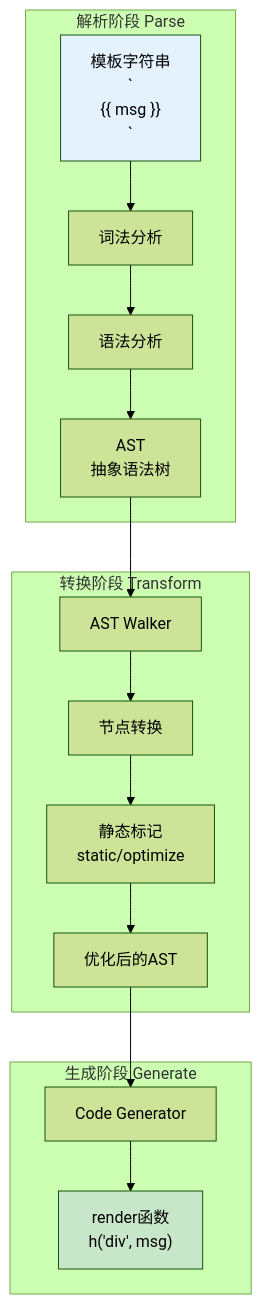
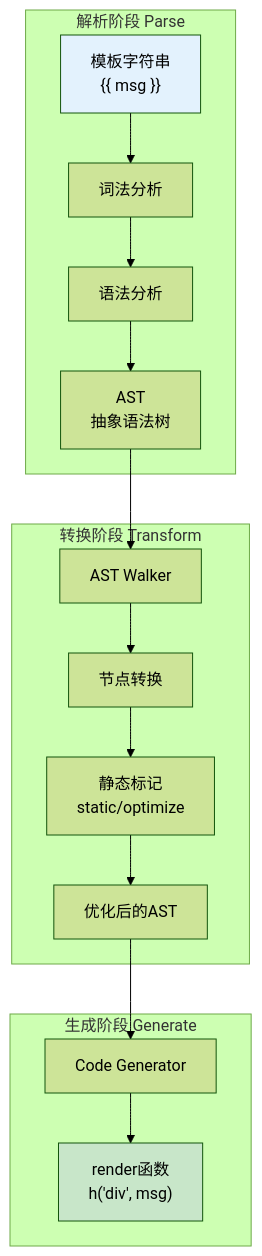
One commit to pedyc/dg.pedyc changed the diagram in content/40-RESOURCES/模板编译(Vue3).md. Above: the diagram before and after it, drawn with Mermaid (forest theme). The commit also changed other lines of this file and 4 other files, not shown here.

````diff
--- a/content/40-RESOURCES/模板编译(Vue3).md
+++ b/content/40-RESOURCES/模板编译(Vue3).md
@@ -36,23 +36,23 @@
 ```mermaid
 flowchart TB
     subgraph 解析阶段 ["解析阶段 Parse"]
-        A["模板字符串<br/>`<div>{{ msg }}</div>`"] --> B[词法分析]
+        A["模板字符串<div>{{ msg }}</div>"] --> B[词法分析]
         B --> C[语法分析]
         C --> D[AST<br/>抽象语法树]
     end
 
     subgraph 转换阶段 ["转换阶段 Transform"]
         D --> E[AST Walker]
         E --> F[节点转换]
         F --> G[静态标记<br/>static/optimize]
         G --> H[优化后的AST]
     end
 
     subgraph 生成阶段 ["生成阶段 Generate"]
         H --> I[Code Generator]
         I --> J["render函数<br/>h('div', msg)"]
     end
 
     style A fill:#e3f2fd
     style J fill:#c8e6c9
 ```
````
